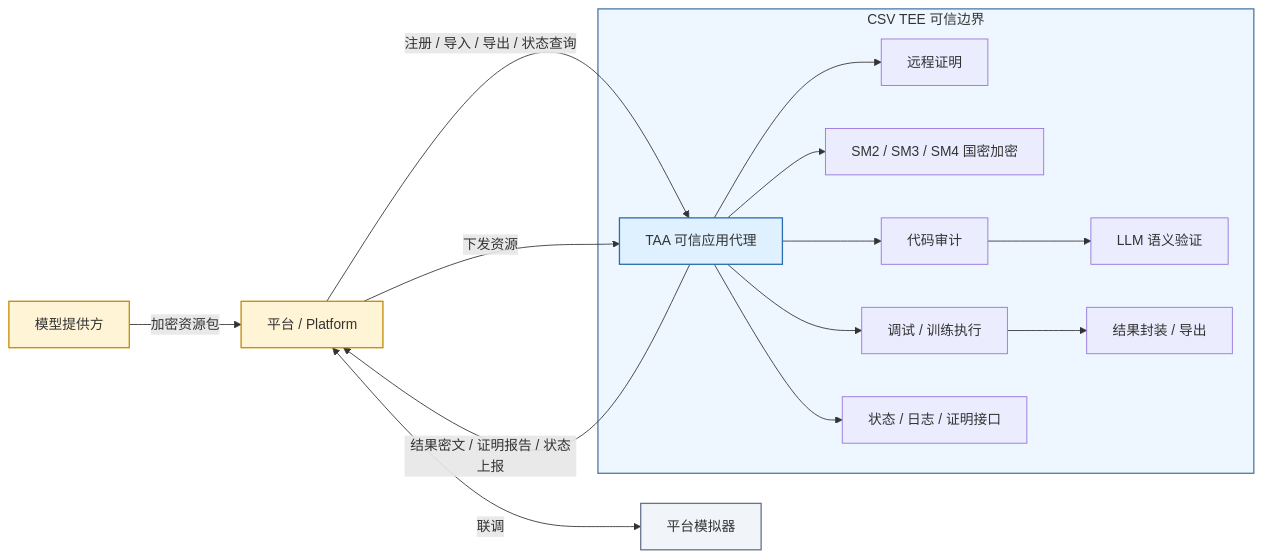
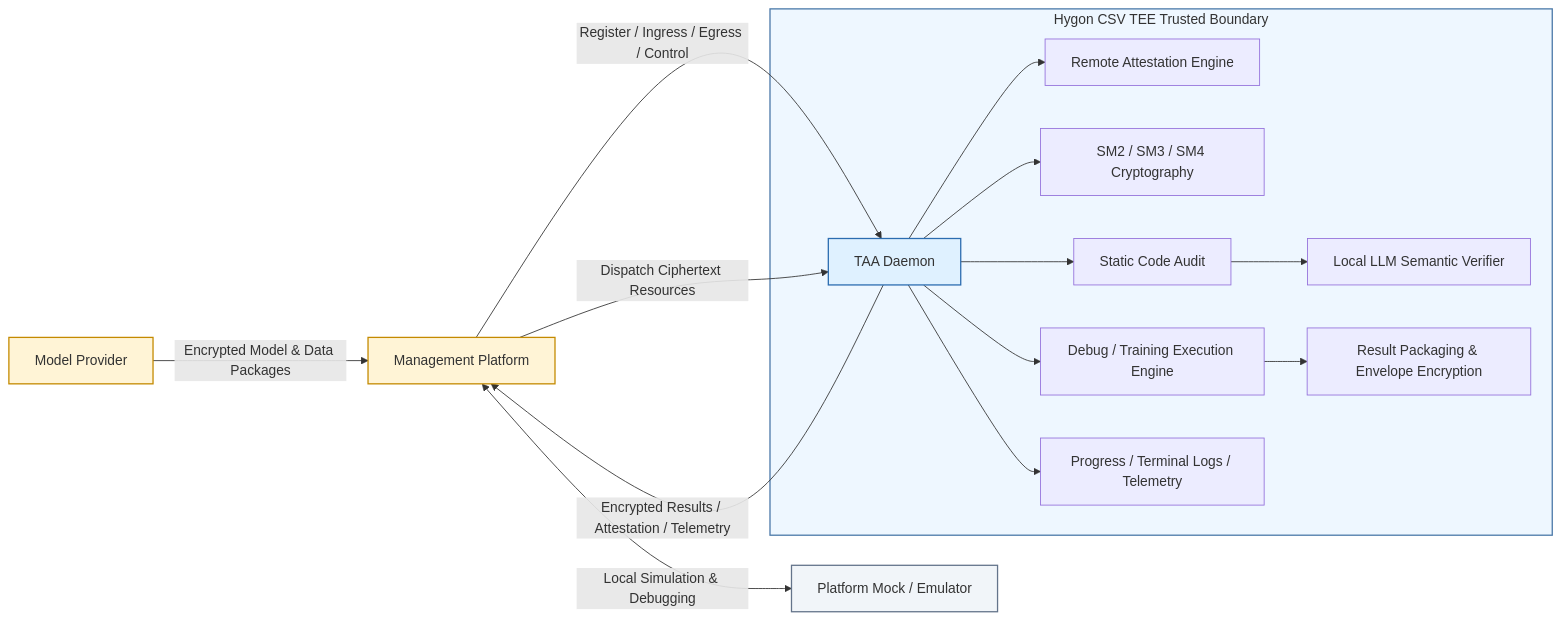
One commit to CipherSlinger/taa changed the diagram in README.md. Above: the diagram before and after it, drawn with Mermaid. The commit also changed other lines of this file, not shown here.

````diff
--- a/README.md
+++ b/README.md
@@ -16,37 +22,37 @@
 ```mermaid
 flowchart LR
-    Platform[平台 / Platform]
-    Provider[模型提供方]
-    Mock[平台模拟器]
+    Platform[Management Platform]
+    Provider[Model Provider]
+    Mock[Platform Mock / Emulator]
 
-    subgraph TEE[CSV TEE 可信边界]
-        TAA[TAA 可信应用代理]
-        Attest[远程证明]
-        Crypto[SM2 / SM3 / SM4 国密加密]
-        Audit[代码审计]
-        LLM[LLM 语义验证]
-        Train[调试 / 训练执行]
-        Export[结果封装 / 导出]
-        Logs[状态 / 日志 / 证明接口]
+    subgraph TEE[Hygon CSV TEE Trusted Boundary]
+        TAA[TAA Daemon]
+        Attest[Remote Attestation Engine]
+        Crypto[SM2 / SM3 / SM4 Cryptography]
+        Audit[Static Code Audit]
+        LLM[Local LLM Semantic Verifier]
+        Train[Debug / Training Execution Engine]
+        Export[Result Packaging & Envelope Encryption]
+        Logs[Progress / Terminal Logs / Telemetry]
 
         TAA --> Attest
         TAA --> Crypto
         TAA --> Audit
         Audit --> LLM
         TAA --> Train
         Train --> Export
         TAA --> Logs
     end
 
-    Platform -->|注册 / 导入 / 导出 / 状态查询| TAA
-    Provider -->|加密资源包| Platform
-    Platform -->|下发资源| TAA
-    TAA -->|结果密文 / 证明报告 / 状态上报| Platform
-    Platform <-->|联调| Mock
+    Platform -->|Register / Ingress / Egress / Control| TAA
+    Provider -->|Encrypted Model & Data Packages| Platform
+    Platform -->|Dispatch Ciphertext Resources| TAA
+    TAA -->|Encrypted Results / Attestation / Telemetry| Platform
+    Platform <-->|Local Simulation & Debugging| Mock
 
     style TEE fill:#eef7ff,stroke:#4a78a8,stroke-width:1.5px
     style TAA fill:#dff1ff,stroke:#2b6cb0,stroke-width:1.5px
     style Platform fill:#fff4d6,stroke:#c48a00,stroke-width:1.5px
     style Provider fill:#fff4d6,stroke:#c48a00,stroke-width:1.5px
     style Mock fill:#f1f5f9,stroke:#64748b,stroke-width:1.5px
 ```
````
